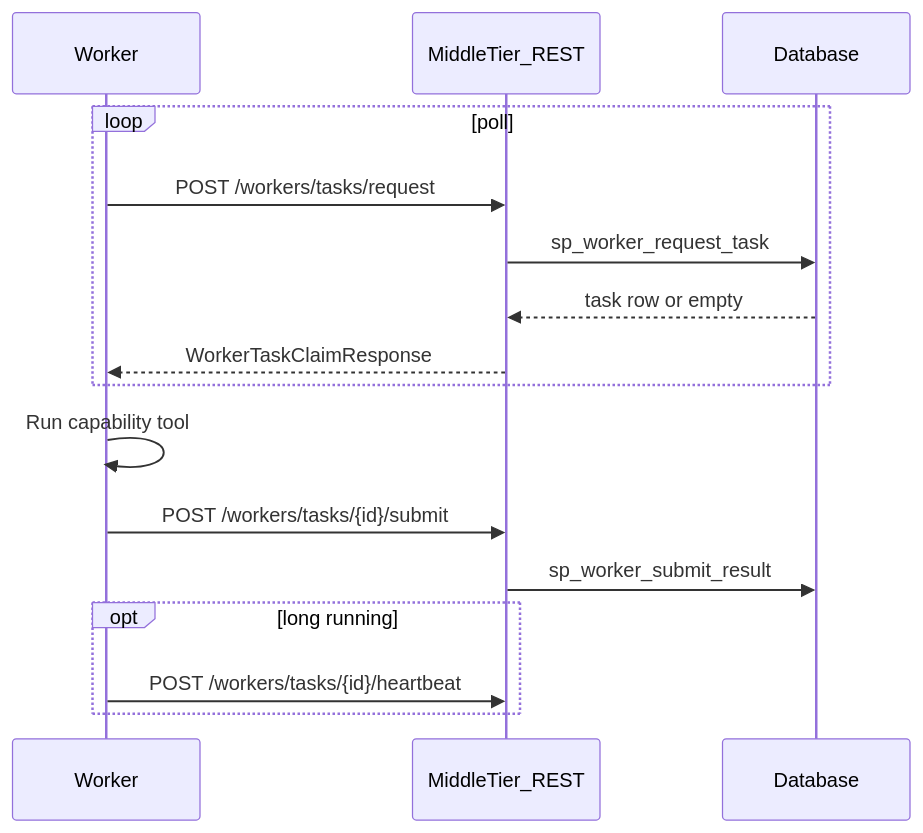
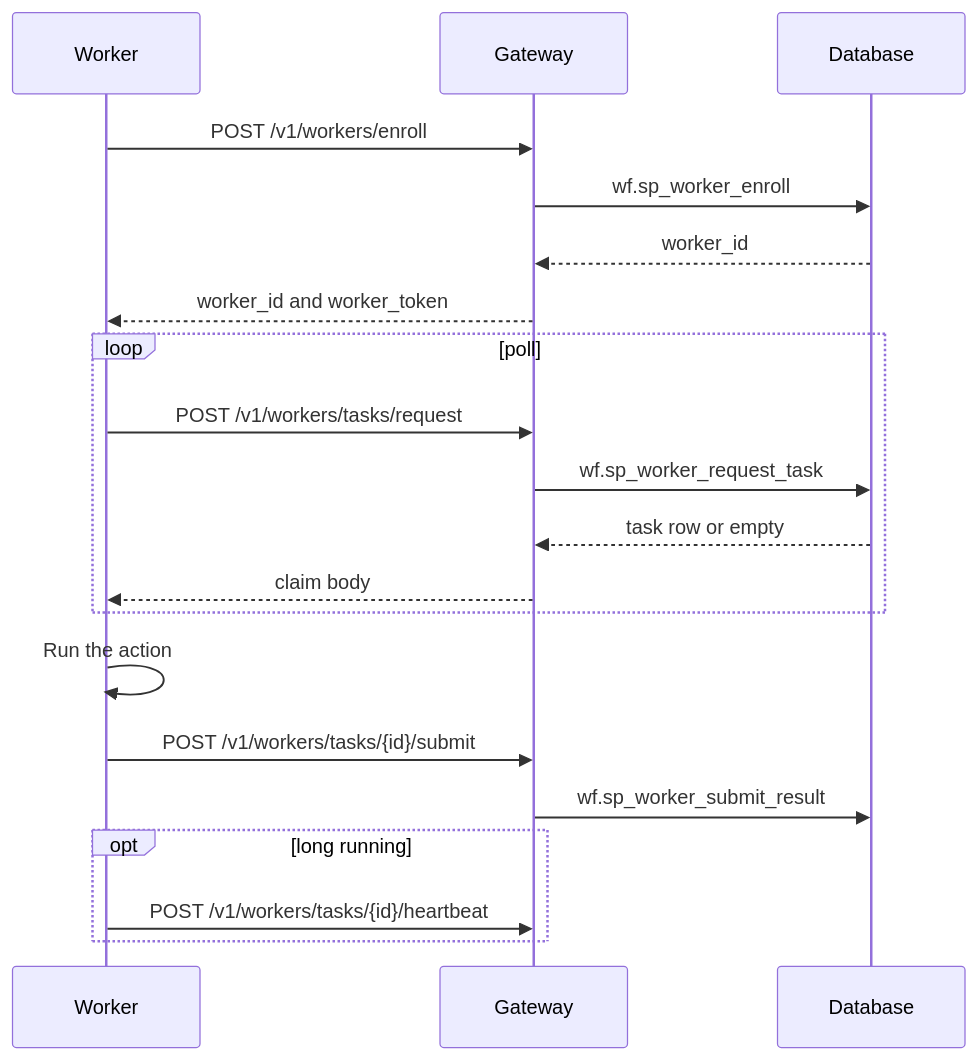
Before and after one commit to Goliath-Research/GoliathApp: the diagram in workers/WORKER_PROTOCOL.md, drawn with Mermaid. The commit also changed other lines of this file and 24 other files, not shown here.

````diff
--- a/workers/WORKER_PROTOCOL.md
+++ b/workers/WORKER_PROTOCOL.md
@@ -9,19 +9,23 @@
 ```mermaid
 sequenceDiagram
   participant Worker
-  participant API as MiddleTier_REST
+  participant API as Gateway
   participant DB as Database
 
+  Worker->>API: POST /v1/workers/enroll
+  API->>DB: wf.sp_worker_enroll
+  DB-->>API: worker_id
+  API-->>Worker: worker_id and worker_token
   loop poll
-    Worker->>API: POST /workers/tasks/request
-    API->>DB: sp_worker_request_task
+    Worker->>API: POST /v1/workers/tasks/request
+    API->>DB: wf.sp_worker_request_task
     DB-->>API: task row or empty
-    API-->>Worker: WorkerTaskClaimResponse
+    API-->>Worker: claim body
   end
-  Worker->>Worker: Run capability tool
-  Worker->>API: POST /workers/tasks/{id}/submit
-  API->>DB: sp_worker_submit_result
+  Worker->>Worker: Run the action
+  Worker->>API: POST /v1/workers/tasks/{id}/submit
+  API->>DB: wf.sp_worker_submit_result
   opt long running
-    Worker->>API: POST /workers/tasks/{id}/heartbeat
+    Worker->>API: POST /v1/workers/tasks/{id}/heartbeat
   end
 ```
````
